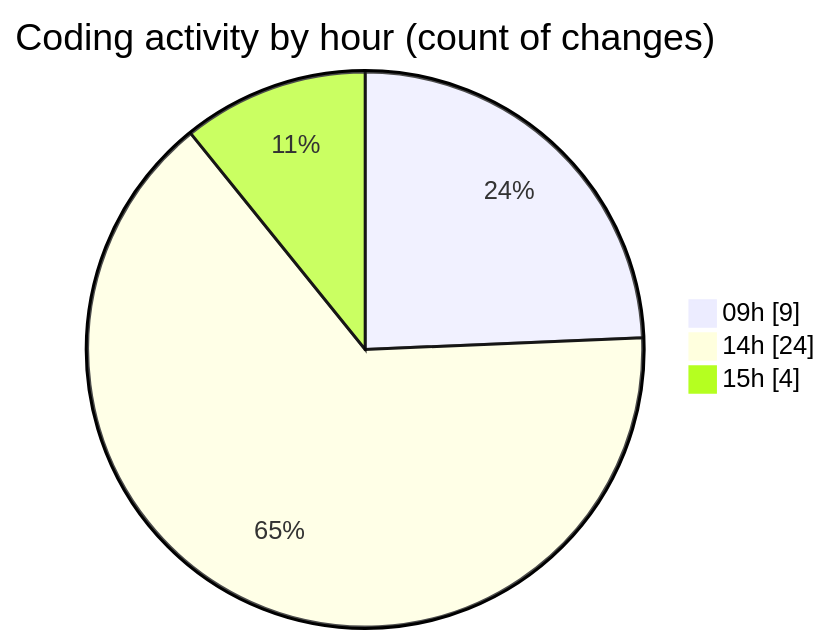
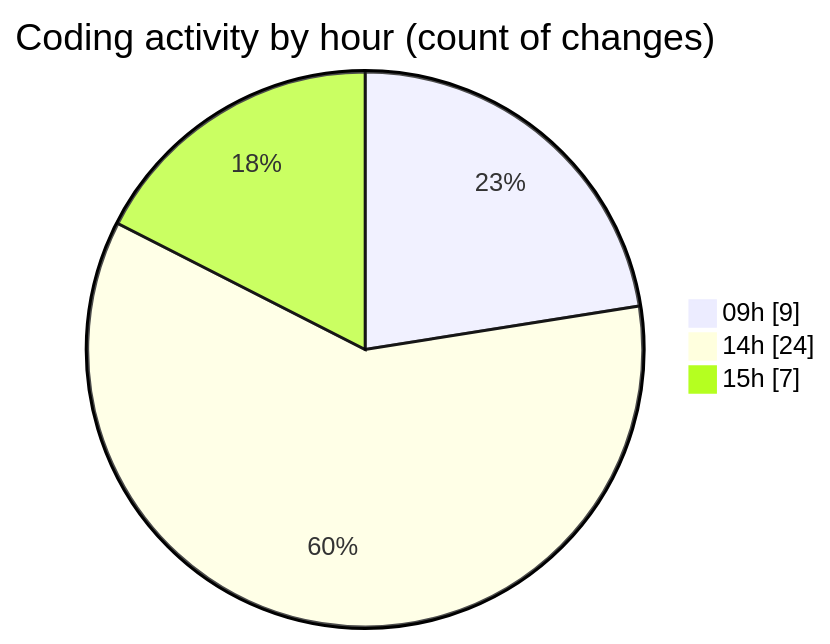
One commit to julien-gomy/code-tracking changed the second of 2 diagrams in 2025-11-25/eventscop-frontend-guide__workspace_/README.md. Above: the diagram before and after it, drawn with Mermaid. The commit also changed other lines of this file and 1 other file, not shown here.

````diff
--- a/2025-11-25/eventscop-frontend-guide__workspace_/README.md
+++ b/2025-11-25/eventscop-frontend-guide__workspace_/README.md
@@ -43,7 +43,7 @@
 ```mermaid
 pie showData
 title Coding activity by hour (count of changes)
 "09h" : 9
 "14h" : 24
-"15h" : 4
+"15h" : 7
 ```
````
